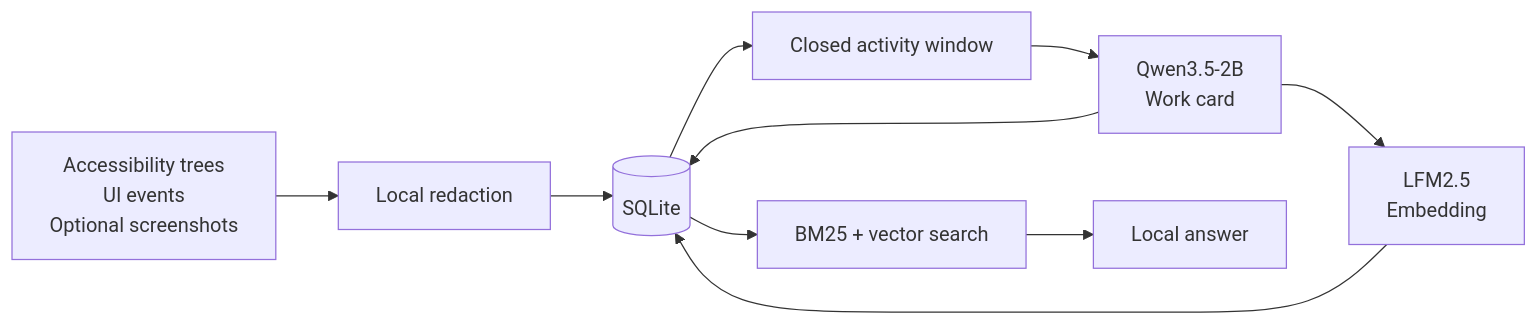
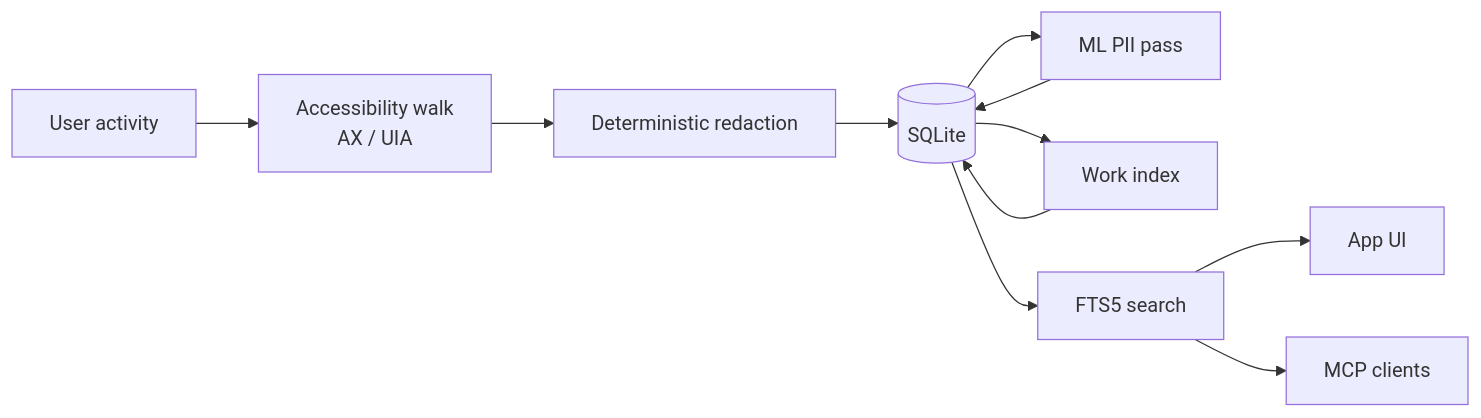
The diagram in README.md (Second-Order-Systems/Dystil), drawn with Mermaid before and after one commit. The commit also changed other lines of this file, not shown here.

````diff
--- a/README.md
+++ b/README.md
@@ -90,16 +200,18 @@
 ```mermaid
 flowchart LR
-  CAPTURE[Accessibility trees<br>UI events<br>Optional screenshots]
-  REDACT[Local redaction]
-  STORE[(SQLite)]
-  WINDOW[Closed activity window]
-  CARD[Qwen3.5-2B<br>Work card]
-  EMBED[LFM2.5<br>Embedding]
-  SEARCH[BM25 + vector search]
-  ANSWER[Local answer]
+  ACT[User activity]
+  CAP[Accessibility walk<br>AX / UIA]
+  RED[Deterministic redaction]
+  DB[(SQLite)]
+  ML[ML PII pass]
+  IDX[Work index]
+  FTS[FTS5 search]
+  UI[App UI]
+  MCP[MCP clients]
 
-  CAPTURE --> REDACT --> STORE --> WINDOW --> CARD
-  CARD --> STORE
-  CARD --> EMBED --> STORE
-  STORE --> SEARCH --> ANSWER
+  ACT --> CAP --> RED --> DB
+  DB --> ML --> DB
+  DB --> IDX --> DB
+  DB --> FTS --> UI
+  FTS --> MCP
 ```
````
